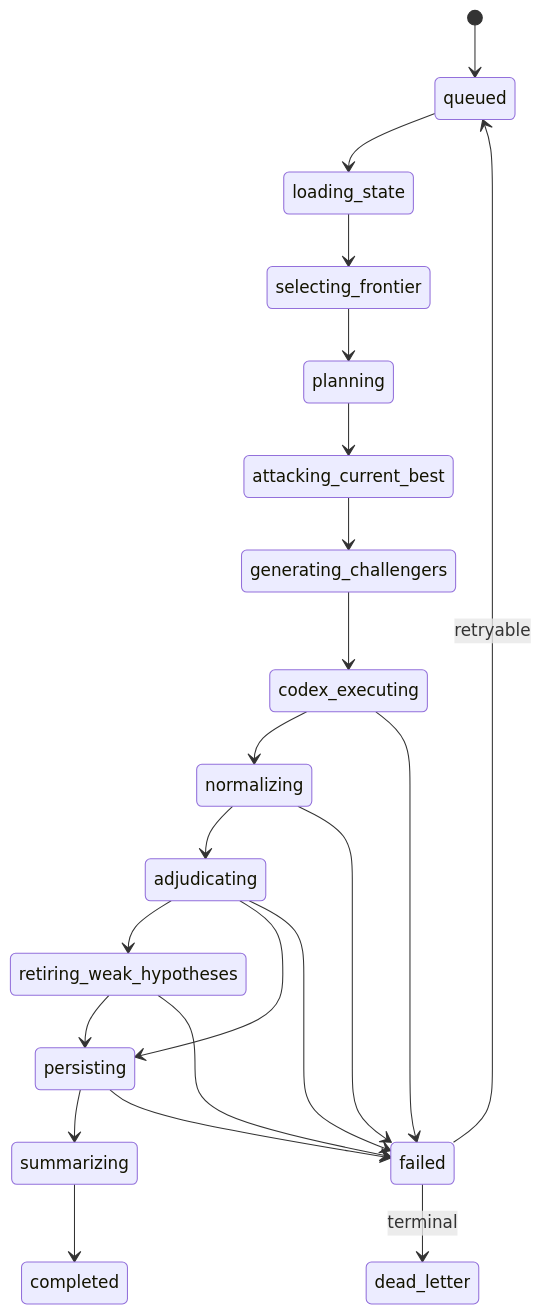
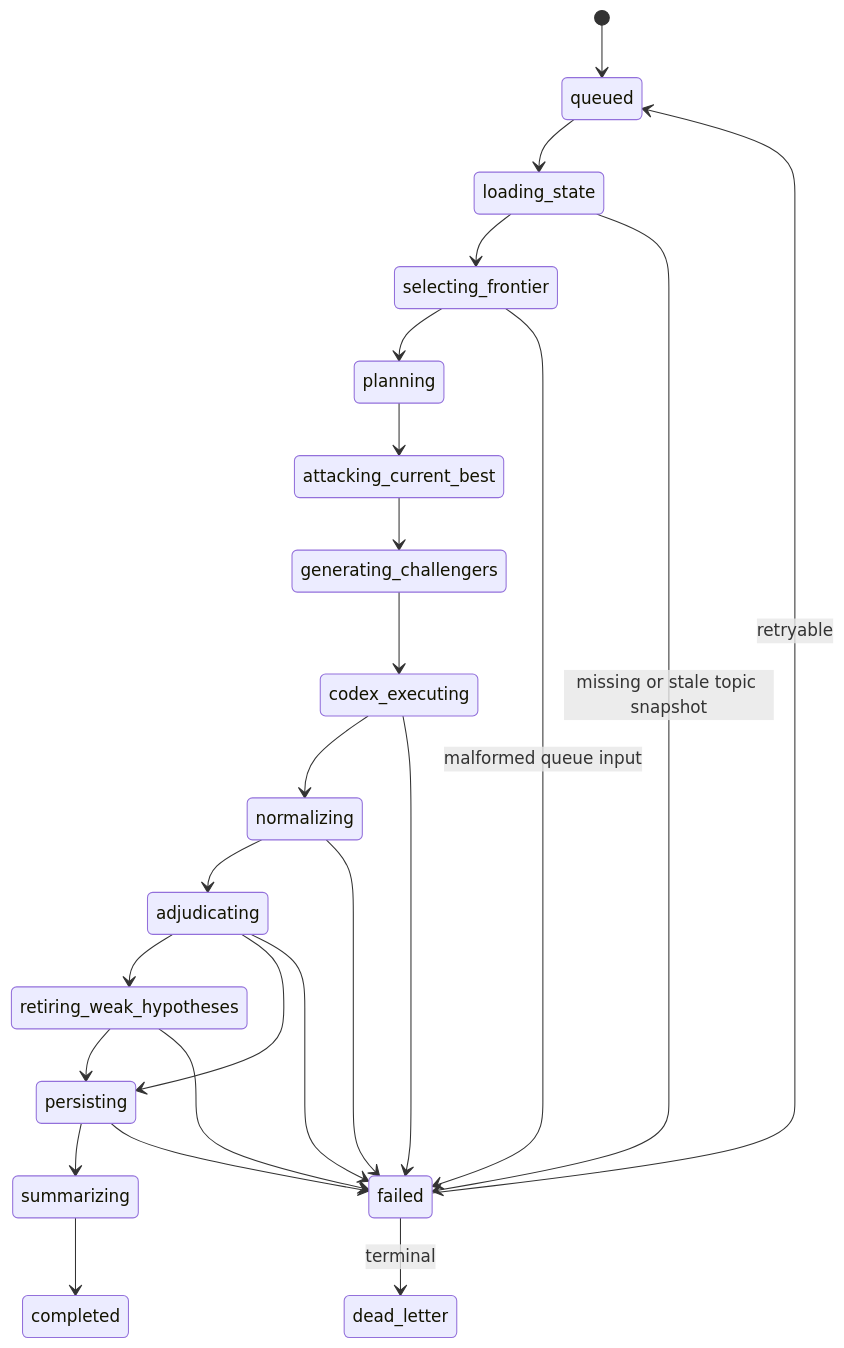
The second of 4 diagrams in ARCH.md (winehouse8/codex_continual_research_bot), drawn with Mermaid before and after one commit. The commit also changed 12 other files, not shown here.

First line of the commit message:
Implement Phase 3 topic snapshot orchestrator (#8)

````diff
--- a/ARCH.md
+++ b/ARCH.md
@@ -433,24 +433,26 @@
 ```mermaid
 stateDiagram-v2
     [*] --> queued
     queued --> loading_state
     loading_state --> selecting_frontier
+    loading_state --> failed: missing or stale topic snapshot
     selecting_frontier --> planning
+    selecting_frontier --> failed: malformed queue input
     planning --> attacking_current_best
     attacking_current_best --> generating_challengers
     generating_challengers --> codex_executing
     codex_executing --> normalizing
     normalizing --> adjudicating
     adjudicating --> retiring_weak_hypotheses
     retiring_weak_hypotheses --> persisting
     adjudicating --> persisting
     persisting --> summarizing
     summarizing --> completed
     codex_executing --> failed
     normalizing --> failed
     adjudicating --> failed
     retiring_weak_hypotheses --> failed
     persisting --> failed
     failed --> queued: retryable
     failed --> dead_letter: terminal
 ```
````
